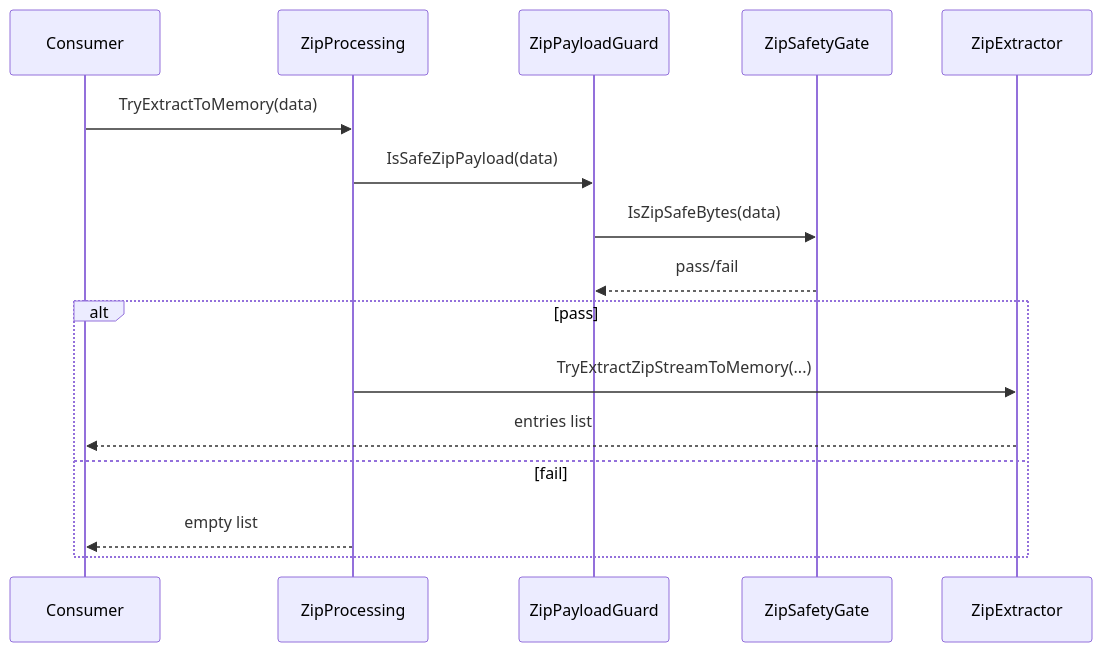
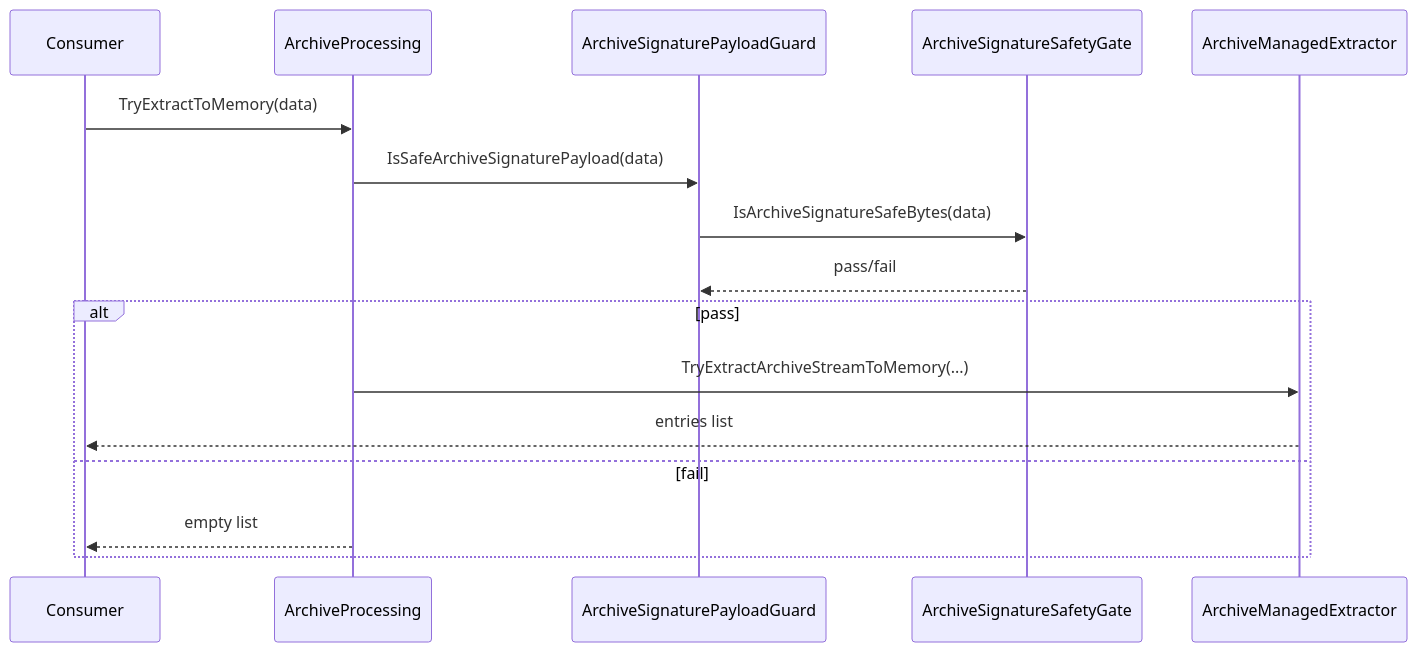
The sixth of 9 diagrams in docs/02_ARCHITECTURE_AND_FLOWS.md (tomtastisch/FileClassifier), drawn with Mermaid before and after one commit. The commit also changed other lines of this file and 32 other files, not shown here.

Commit message:
refactor: vereinheitliche zip-benennungen auf archive

````diff
--- a/docs/02_ARCHITECTURE_AND_FLOWS.md
+++ b/docs/02_ARCHITECTURE_AND_FLOWS.md
@@ -237,20 +237,20 @@
 ```mermaid
 sequenceDiagram
   participant Caller as Consumer
-  participant ZP as ZipProcessing
-  participant Guard as ZipPayloadGuard
-  participant Gate as ZipSafetyGate
-  participant Extract as ZipExtractor
+  participant ZP as ArchiveProcessing
+  participant Guard as ArchiveSignaturePayloadGuard
+  participant Gate as ArchiveSignatureSafetyGate
+  participant Extract as ArchiveManagedExtractor
 
   Caller->>ZP: TryExtractToMemory(data)
-  ZP->>Guard: IsSafeZipPayload(data)
-  Guard->>Gate: IsZipSafeBytes(data)
+  ZP->>Guard: IsSafeArchiveSignaturePayload(data)
+  Guard->>Gate: IsArchiveSignatureSafeBytes(data)
   Gate-->>Guard: pass/fail
 
   alt pass
-    ZP->>Extract: TryExtractZipStreamToMemory(...)
+    ZP->>Extract: TryExtractArchiveStreamToMemory(...)
     Extract-->>Caller: entries list
   else fail
     ZP-->>Caller: empty list
   end
 ```
````
